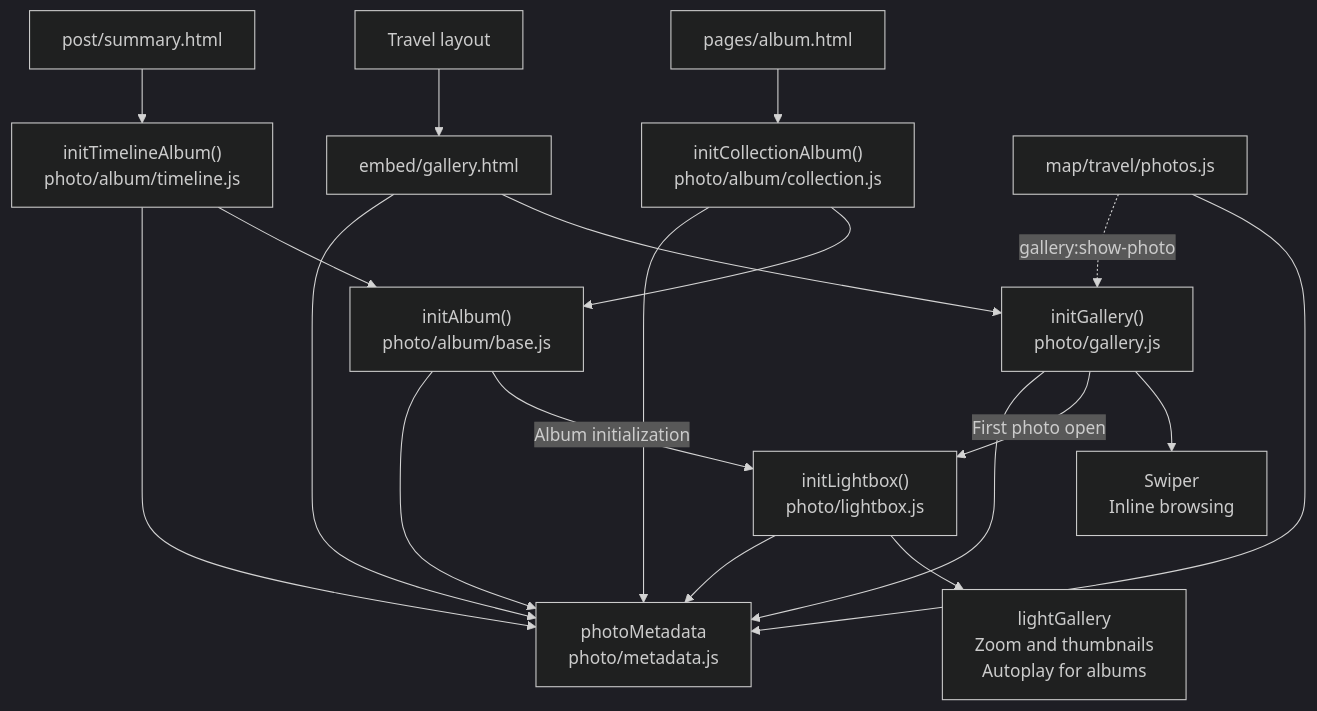
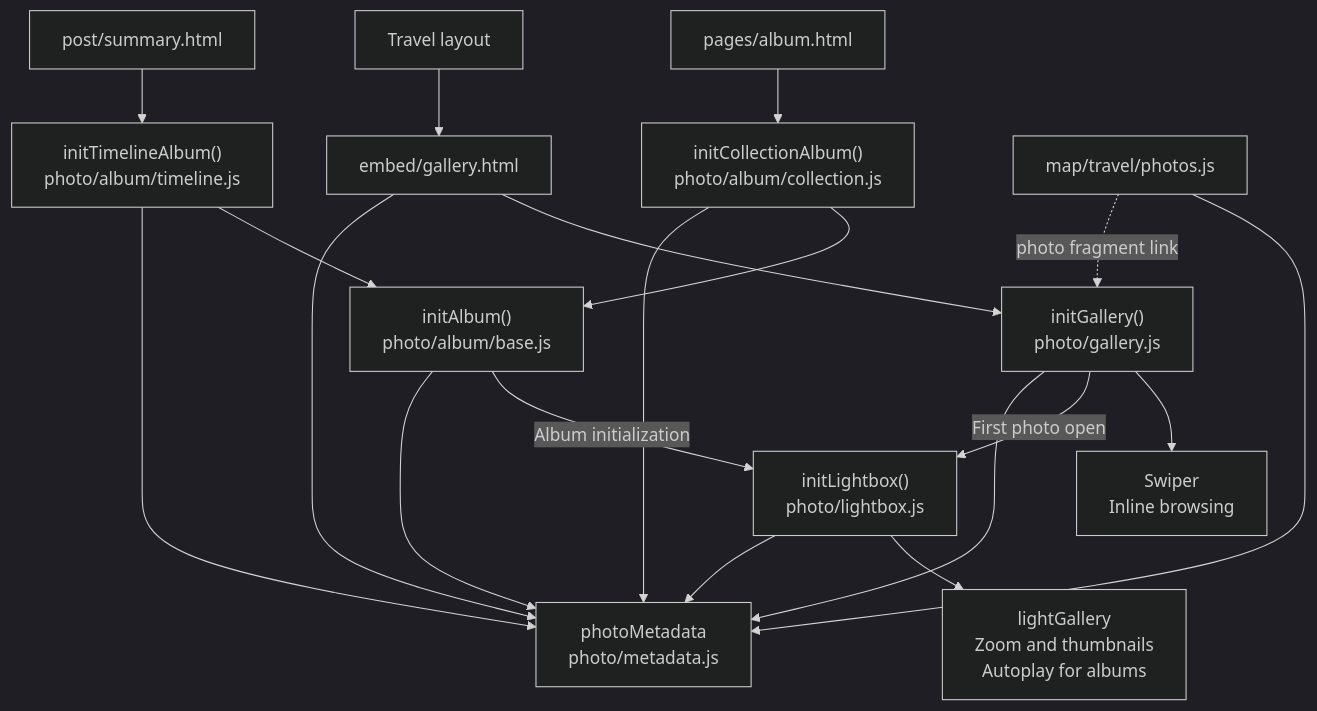
Before and after one commit to ppaul12/blog: the first of 4 diagrams in docs/photo-and-map.md, drawn with Mermaid (dark theme). The commit also changed other lines of this file and 4 other files, not shown here.

````diff
--- a/docs/photo-and-map.md
+++ b/docs/photo-and-map.md
@@ -26,21 +26,21 @@
 ```mermaid
 flowchart TD
     T["Travel layout"] --> E["embed/gallery.html"]
     E --> G["initGallery()<br/>photo/gallery.js"]
     G --> S["Swiper<br/>Inline browsing"]
     C["pages/album.html"] --> IC["initCollectionAlbum()<br/>photo/album/collection.js"]
     U["post/summary.html"] --> IT["initTimelineAlbum()<br/>photo/album/timeline.js"]
     IC --> A["initAlbum()<br/>photo/album/base.js"]
     IT --> A
     G -->|"First photo open"| L["initLightbox()<br/>photo/lightbox.js"]
     A -->|"Album initialization"| L
     L --> LG["lightGallery<br/>Zoom and thumbnails<br/>Autoplay for albums"]
     E --> M["photoMetadata<br/>photo/metadata.js"]
     IC --> M
     IT --> M
     G --> M
     A --> M
     L --> M
     MAP["map/travel/photos.js"] --> M
-    MAP -.->|"gallery:show-photo"| G
+    MAP -.->|"photo fragment link"| G
 ```
````
